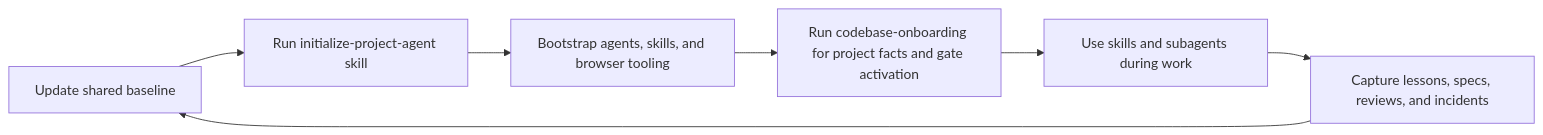
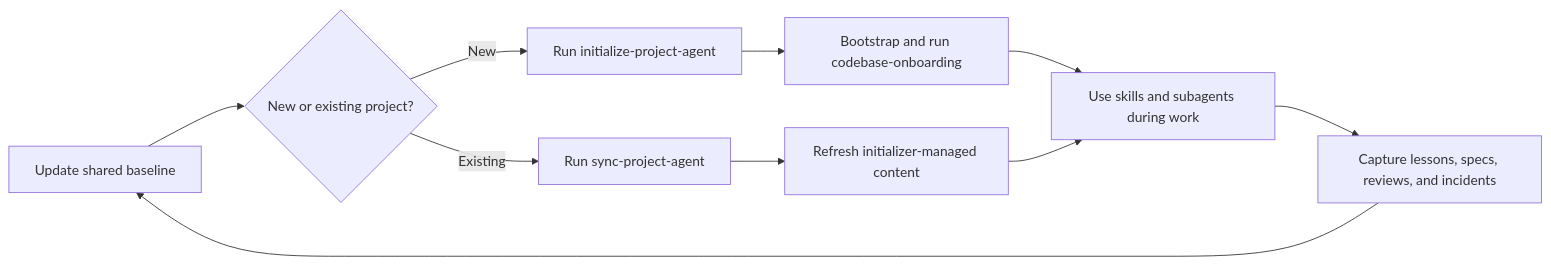
One commit to aloilor/lean-coding-agent changed the first of 4 diagrams in README.md. Above: the diagram before and after it, drawn with Mermaid. The commit also changed other lines of this file and 4 other files, not shown here.

Commit message:
feat(skills): add project baseline sync skill

````diff
--- a/README.md
+++ b/README.md
@@ -40,9 +40,12 @@
 ```mermaid
 flowchart LR
-    A[Update shared baseline] --> B[Run initialize-project-agent skill]
-    B --> C[Bootstrap agents, skills, and browser tooling]
-    C --> D[Run codebase-onboarding for project facts and gate activation]
-    D --> E[Use skills and subagents during work]
-    E --> F[Capture lessons, specs, reviews, and incidents]
-    F --> A
+    A[Update shared baseline] --> B{New or existing project?}
+    B -->|New| C[Run initialize-project-agent]
+    B -->|Existing| D[Run sync-project-agent]
+    C --> E[Bootstrap and run codebase-onboarding]
+    D --> F[Refresh initializer-managed content]
+    E --> G[Use skills and subagents during work]
+    F --> G
+    G --> H[Capture lessons, specs, reviews, and incidents]
+    H --> A
 ```
````
